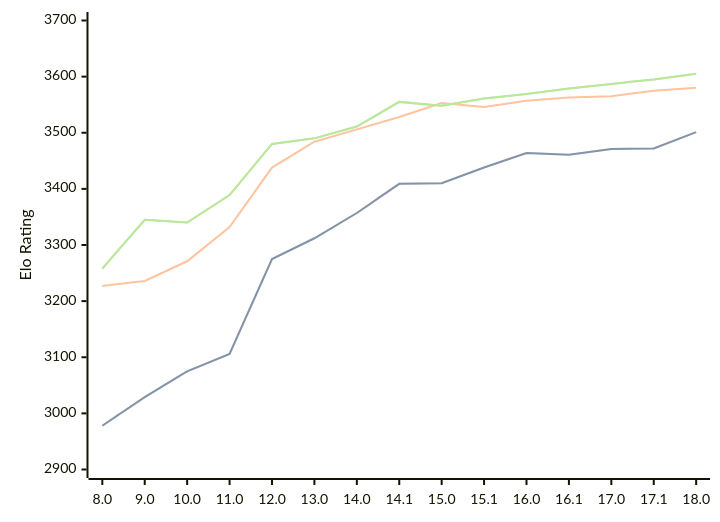
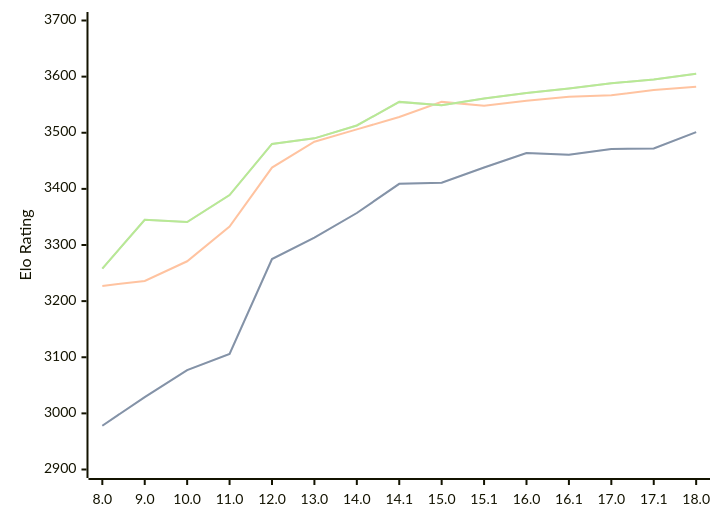
One commit to computer-chess-index/cci changed the first of 3 diagrams in engines/Stockfish.md. Above: the diagram before and after it, drawn with Mermaid. The commit also changed other lines of this file, not shown here.

Commit message:
Update CCI Ratings (ELO VLTC) - 2026-07-13

````diff
--- a/engines/Stockfish.md
+++ b/engines/Stockfish.md
@@ -46,11 +46,11 @@
 ```mermaid
 %%{init: {"theme":"base","themeVariables":{"seriesColors:['#a3a3a3','#222221','#faa371']}}}%%
 xychart-beta
   x-axis ["8.0", "9.0", "10.0", "11.0", "12.0", "13.0", "14.0", "14.1", "15.0", "15.1", "16.0", "16.1", "17.0", "17.1", "18.0"]
   y-axis "Elo Rating" 2900 --> 3700
-  line "STC (8.0+0.08s)" [2978, 3029, 3075, 3106, 3275, 3312, 3357, 3409, 3410, 3438, 3464, 3461, 3471, 3472, 3501]
-  line "STC (8.0+0.08s)" [2978, 3029, 3075, 3106, 3275, 3312, 3357, 3409, 3410, 3438, 3464, 3461, 3471, 3472, 3501]
-  line "LTC (60.0+0.60s)" [3227, 3236, 3271, 3332, 3438, 3484, 3506, 3528, 3553, 3546, 3557, 3563, 3565, 3575, 3580]
-  line "VLTC (2m24s+1.12s)" [3258, 3345, 3340, 3389, 3480, 3490, 3511, 3555, 3548, 3561, 3569, 3579, 3587, 3595, 3605]
-  line "VLTC (2m24s+1.12s)" [3258, 3345, 3340, 3389, 3480, 3490, 3511, 3555, 3548, 3561, 3569, 3579, 3587, 3595, 3605]
+  line "STC (8.0+0.08s)" [2978, 3029, 3077, 3106, 3275, 3313, 3357, 3409, 3411, 3438, 3464, 3461, 3471, 3472, 3501]
+  line "STC (8.0+0.08s)" [2978, 3029, 3077, 3106, 3275, 3313, 3357, 3409, 3411, 3438, 3464, 3461, 3471, 3472, 3501]
+  line "LTC (60.0+0.60s)" [3227, 3236, 3271, 3333, 3438, 3484, 3506, 3528, 3555, 3548, 3557, 3564, 3567, 3576, 3582]
+  line "VLTC (2m24s+1.12s)" [3258, 3345, 3341, 3389, 3480, 3490, 3513, 3555, 3549, 3561, 3571, 3579, 3588, 3595, 3605]
+  line "VLTC (2m24s+1.12s)" [3258, 3345, 3341, 3389, 3480, 3490, 3513, 3555, 3549, 3561, 3571, 3579, 3588, 3595, 3605]
 ```
````
